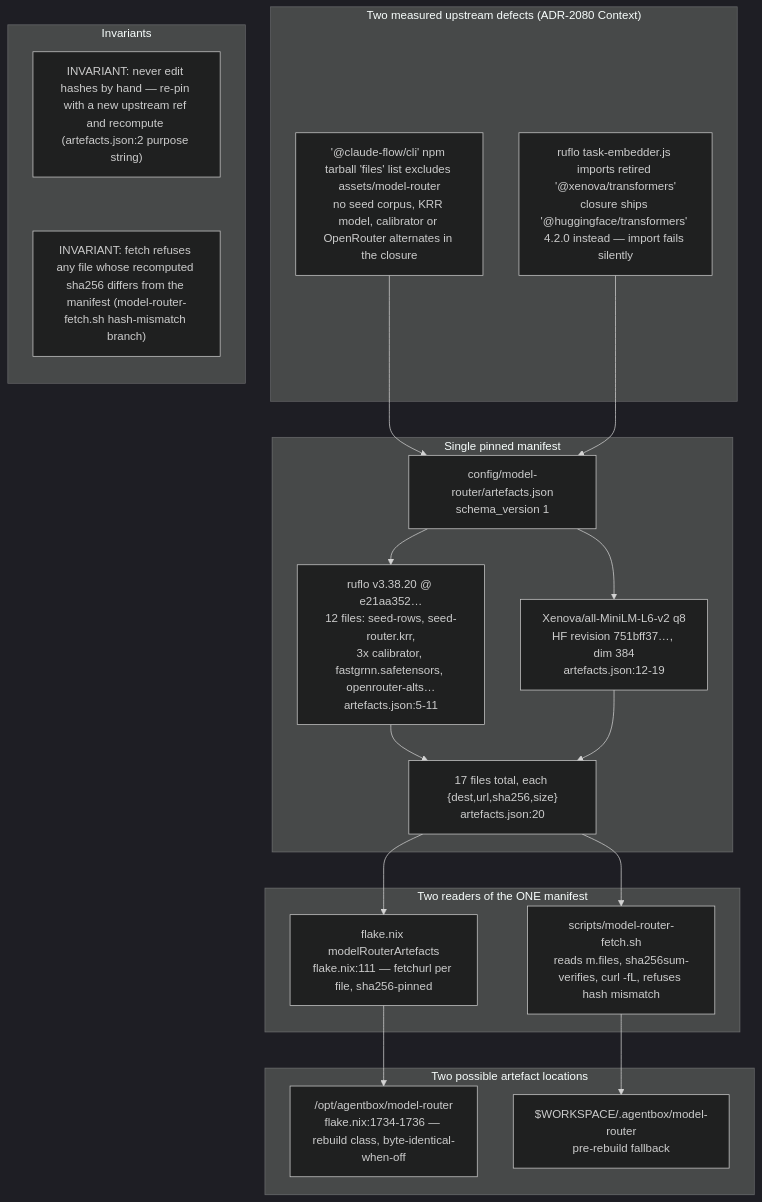
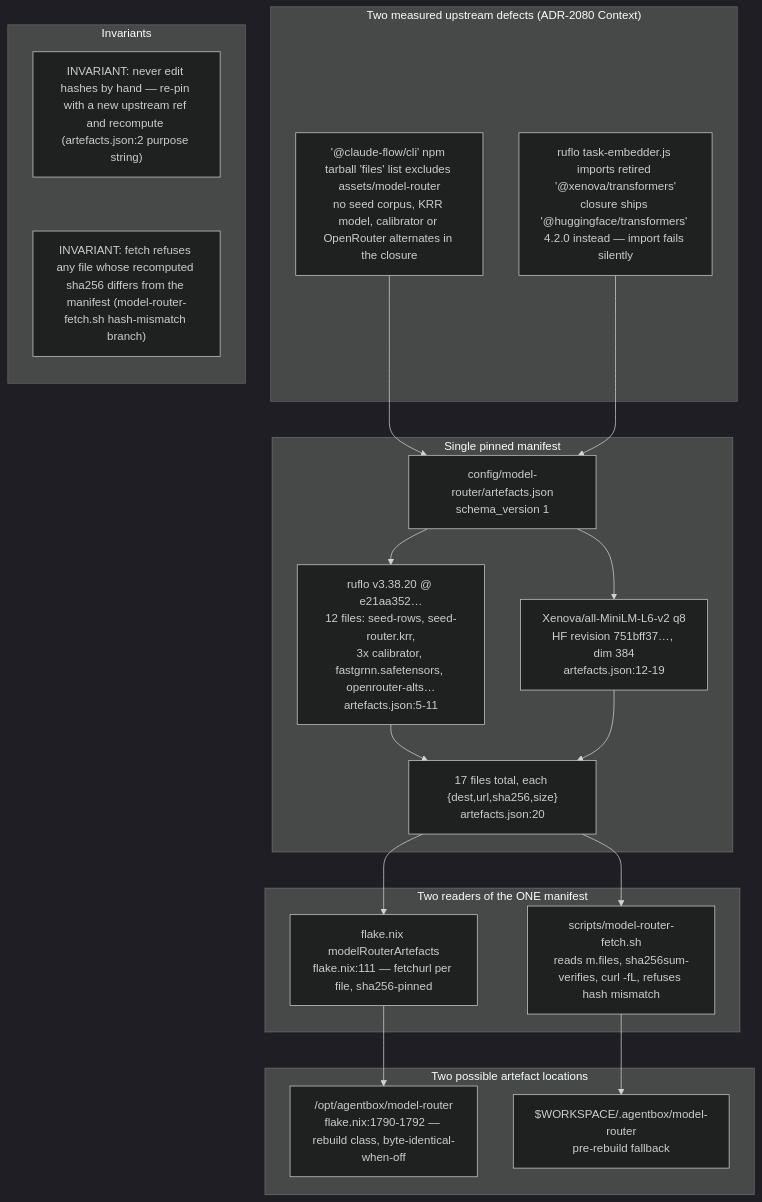
One commit to DreamLab-AI/VisionFlow changed the first of 9 diagrams in docs/diagrams/agentbox/29-metaharness-router-console.md. Above: the diagram before and after it, drawn with Mermaid (dark theme). The commit also changed other lines of this file and 28 other files, not shown here.

````diff
--- a/docs/diagrams/agentbox/29-metaharness-router-console.md
+++ b/docs/diagrams/agentbox/29-metaharness-router-console.md
@@ -27,33 +28,33 @@
 ```mermaid
 flowchart TB
     subgraph gap["Two measured upstream defects (ADR-2080 Context)"]
         T1["'@claude-flow/cli' npm tarball 'files' list excludes assets/model-router<br/>no seed corpus, KRR model, calibrator or OpenRouter alternates in the closure"]
         T2["ruflo task-embedder.js imports retired '@xenova/transformers'<br/>closure ships '@huggingface/transformers' 4.2.0 instead — import fails silently"]
     end
     subgraph manifest["Single pinned manifest"]
         ART["config/model-router/artefacts.json<br/>schema_version 1"]
         RUFLO["ruflo v3.38.20 @ e21aa352…<br/>12 files: seed-rows, seed-router.krr,<br/>3x calibrator, fastgrnn.safetensors, openrouter-alts…<br/>artefacts.json:5-11"]
         EMB["Xenova/all-MiniLM-L6-v2 q8<br/>HF revision 751bff37…, dim 384<br/>artefacts.json:12-19"]
         FILES["17 files total, each {dest,url,sha256,size}<br/>artefacts.json:20"]
     end
     subgraph readers["Two readers of the ONE manifest"]
         NIX["flake.nix modelRouterArtefacts<br/>flake.nix:111 — fetchurl per file, sha256-pinned"]
         FETCH["scripts/model-router-fetch.sh<br/>reads m.files, sha256sum-verifies, curl -fL, refuses hash mismatch"]
     end
     subgraph outputs["Two possible artefact locations"]
-        BAKED["/opt/agentbox/model-router<br/>flake.nix:1734-1736 — rebuild class, byte-identical-when-off"]
+        BAKED["/opt/agentbox/model-router<br/>flake.nix:1790-1792 — rebuild class, byte-identical-when-off"]
         FALLBACK["$WORKSPACE/.agentbox/model-router<br/>pre-rebuild fallback"]
     end
     T1 --> ART
     T2 --> ART
     ART --> RUFLO --> FILES
     ART --> EMB --> FILES
     FILES --> NIX --> BAKED
     FILES --> FETCH --> FALLBACK
     subgraph notes["Invariants"]
         direction TB
         N1["INVARIANT: never edit hashes by hand — re-pin with a new upstream ref and recompute (artefacts.json:2 purpose string)"]
         N2["INVARIANT: fetch refuses any file whose recomputed sha256 differs from the manifest (model-router-fetch.sh hash-mismatch branch)"]
         N1 ~~~ N2
     end
 ```
````
